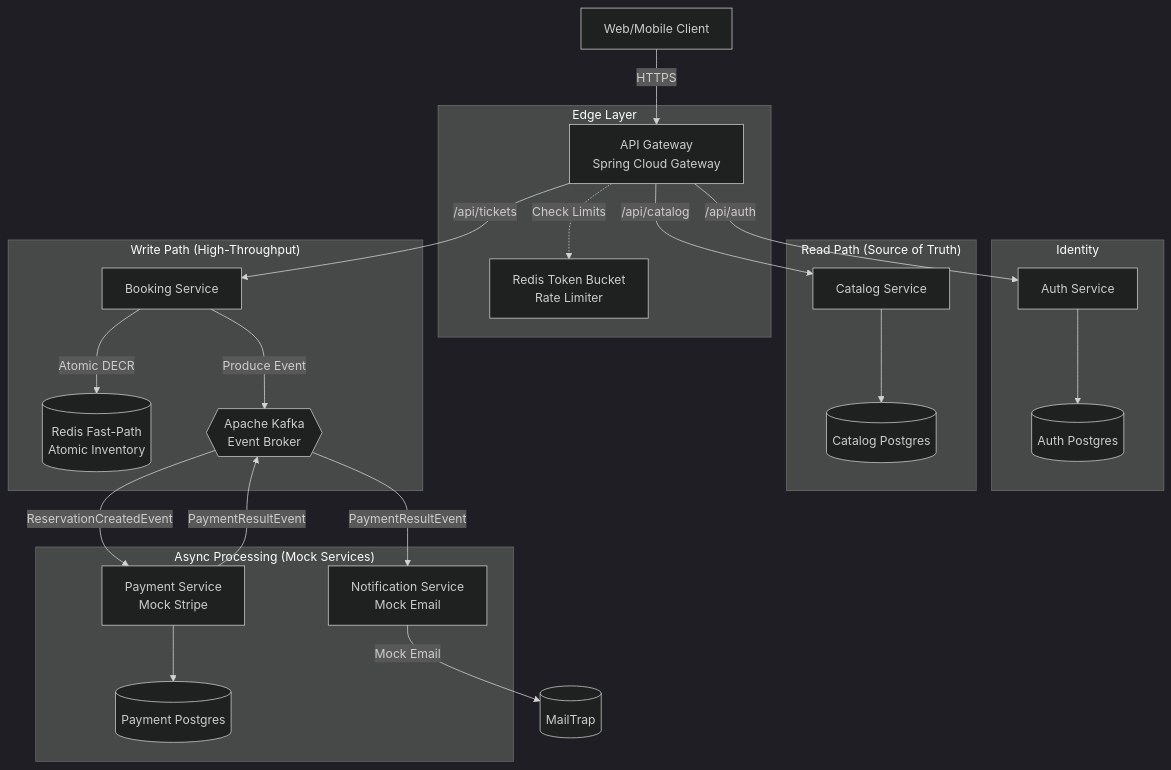
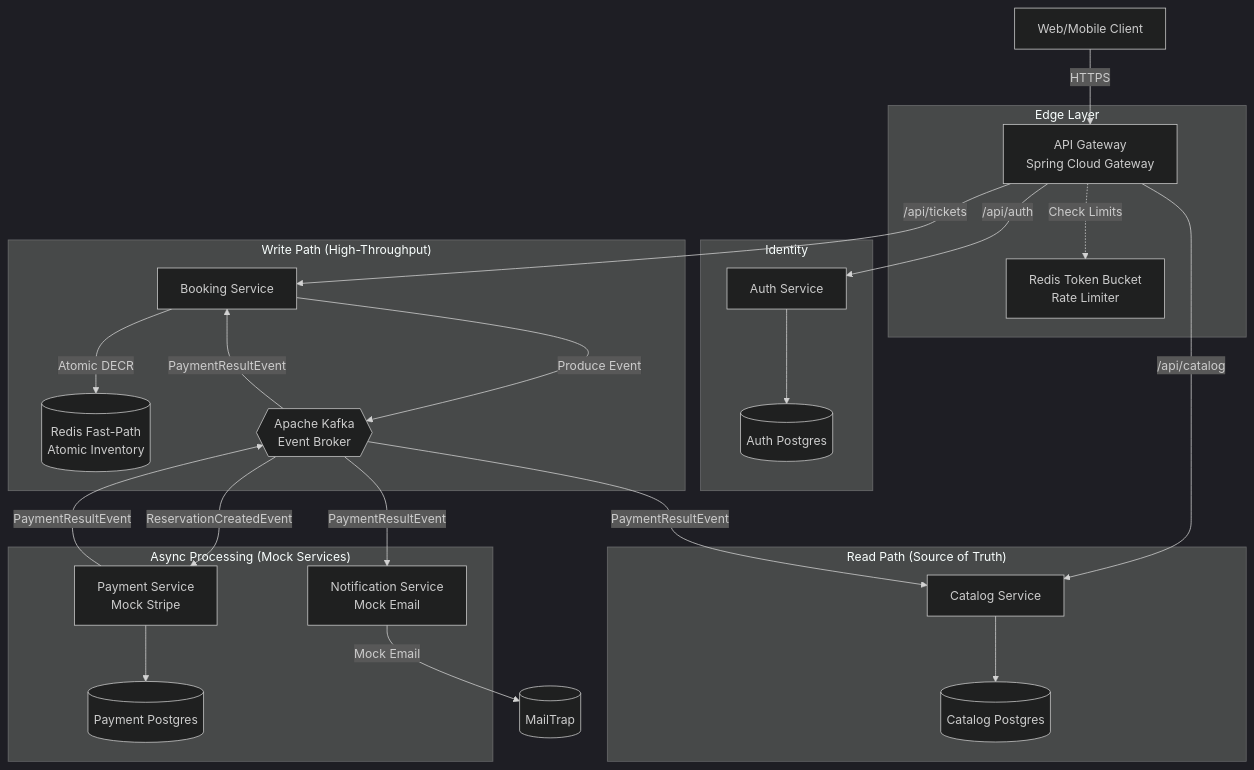
Before and after one commit to aashutoshmalviya/TicketBlitz: the diagram in README.md, drawn with Mermaid (dark theme). The commit also changed other lines of this file and 15 other files, not shown here.

````diff
--- a/README.md
+++ b/README.md
@@ -29,44 +29,46 @@
 ```mermaid
 graph TD
     Client[Web/Mobile Client] -->|HTTPS| API_Gateway
 
     subgraph Edge_Layer [Edge Layer]
         API_Gateway[API Gateway<br>Spring Cloud Gateway]
         Redis_Rate[Redis Token Bucket<br>Rate Limiter]
     end
     API_Gateway -.->|Check Limits| Redis_Rate
 
     subgraph Identity_Layer [Identity]
         Auth_Service[Auth Service]
         Auth_DB[(Auth Postgres)]
     end
     API_Gateway -->|/api/auth| Auth_Service
     Auth_Service --> Auth_DB
 
     subgraph Read_Path ["Read Path (Source of Truth)"]
         Catalog_Service[Catalog Service]
         Catalog_DB[(Catalog Postgres)]
     end
     API_Gateway -->|/api/catalog| Catalog_Service
     Catalog_Service --> Catalog_DB
 
     subgraph Write_Path ["Write Path (High-Throughput)"]
         Booking_Service[Booking Service]
         Redis_Cache[(Redis Fast-Path<br>Atomic Inventory)]
         Kafka{{Apache Kafka<br>Event Broker}}
     end
     API_Gateway -->|/api/tickets| Booking_Service
     Booking_Service -->|Atomic DECR| Redis_Cache
     Booking_Service -->|Produce Event| Kafka
 
     subgraph Async_Processing ["Async Processing (Mock Services)"]
         Payment_Service[Payment Service<br>Mock Stripe]
         Payment_DB[(Payment Postgres)]
         Notification_Service[Notification Service<br>Mock Email]
     end
     Kafka -->|ReservationCreatedEvent| Payment_Service
     Payment_Service --> Payment_DB
     Payment_Service -->|PaymentResultEvent| Kafka
     Kafka -->|PaymentResultEvent| Notification_Service
+    Kafka -->|PaymentResultEvent| Booking_Service
+    Kafka -->|PaymentResultEvent| Catalog_Service
     Notification_Service -->|Mock Email| External_Services[(MailTrap)]
 ```
````
